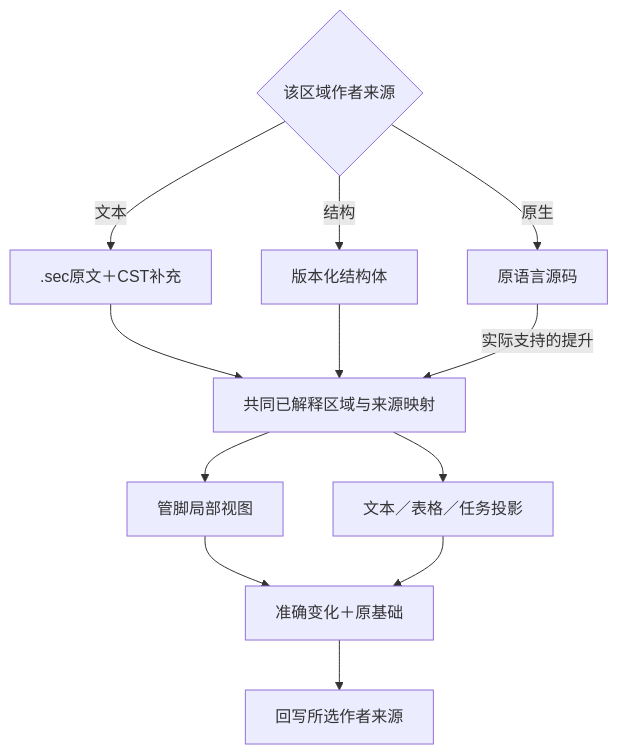
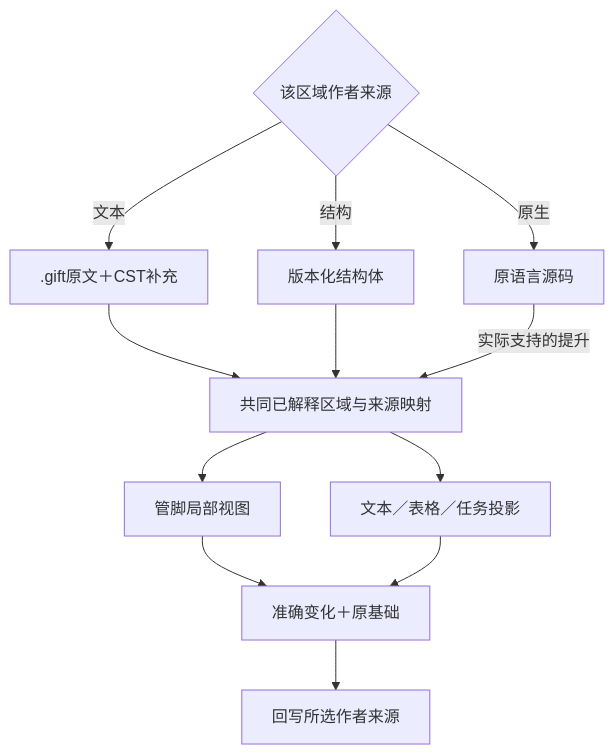
The first of 2 diagrams in docs/作者/工程源/清单模块与绑定锁.md (sec-platform/sec), drawn with Mermaid before and after one commit. The commit also changed other lines of this file and 1462 other files, not shown here.

````diff
--- a/docs/作者/工程源/清单模块与绑定锁.md
+++ b/docs/作者/工程源/清单模块与绑定锁.md
@@ -493,14 +528,14 @@
 ```mermaid
 flowchart TB
- Select{"该区域作者来源"} -->|文本| Text[".sec原文＋CST补充"]
+ Select{"该区域作者来源"} -->|文本| Text[".gift原文＋CST补充"]
  Select -->|结构| Struct["版本化结构体"]
  Select -->|原生| Native["原语言源码"]
  Text --> Model["共同已解释区域与来源映射"]
  Struct --> Model
  Native -->|实际支持的提升| Model
  Model --> Pins["管脚局部视图"]
  Model --> View["文本／表格／任务投影"]
  Pins --> Change["准确变化＋原基础"]
  View --> Change
  Change --> Owner["回写所选作者来源"]
 ```
````
